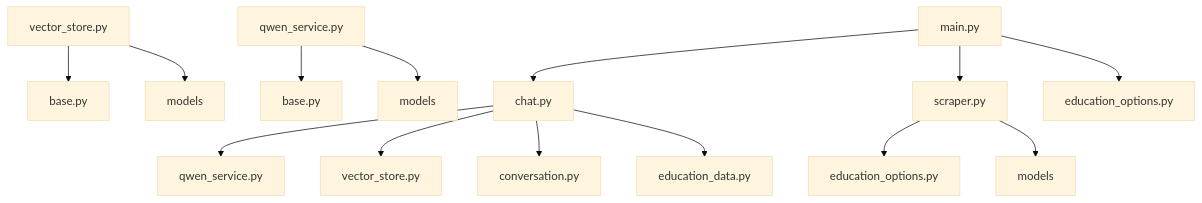
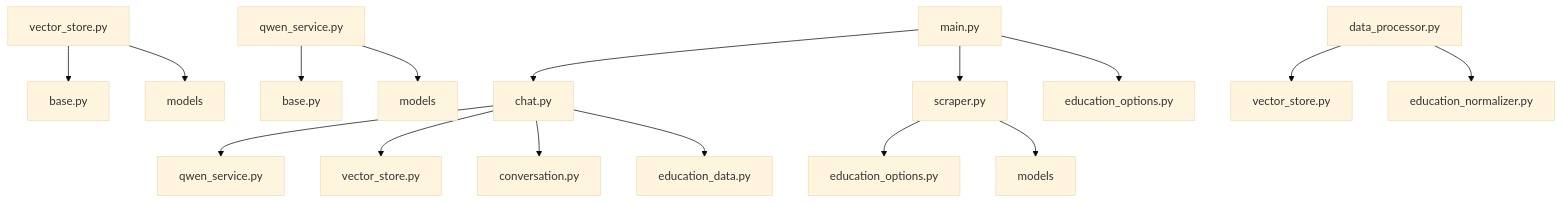
Before and after one commit to ghbbn053-ship-itsoulddog/soulddog: diagram 17 of 22 in .qoder/repowiki/zh/content/AI智能问答系统/RAG架构设计.md, drawn with Mermaid (base theme). The commit also changed other lines of this file and 119 other files, not shown here.

````diff
--- a/.qoder/repowiki/zh/content/AI智能问答系统/RAG架构设计.md
+++ b/.qoder/repowiki/zh/content/AI智能问答系统/RAG架构设计.md
@@ -561,16 +631,18 @@
 ```mermaid
 graph TD
 A[chat.py] --> B[qwen_service.py]
 A --> C[vector_store.py]
 A --> D[conversation.py]
 A --> E[education_data.py]
 F[vector_store.py] --> G[base.py]
 F --> H[models]
 I[qwen_service.py] --> J[base.py]
 I --> K[models]
 L[scraper.py] --> M[education_options.py]
 L --> N[models]
 O[main.py] --> A
 O --> L
 O --> P[education_options.py]
+Q[data_processor.py] --> R[vector_store.py]
+Q --> S[education_normalizer.py]
 ```
````
